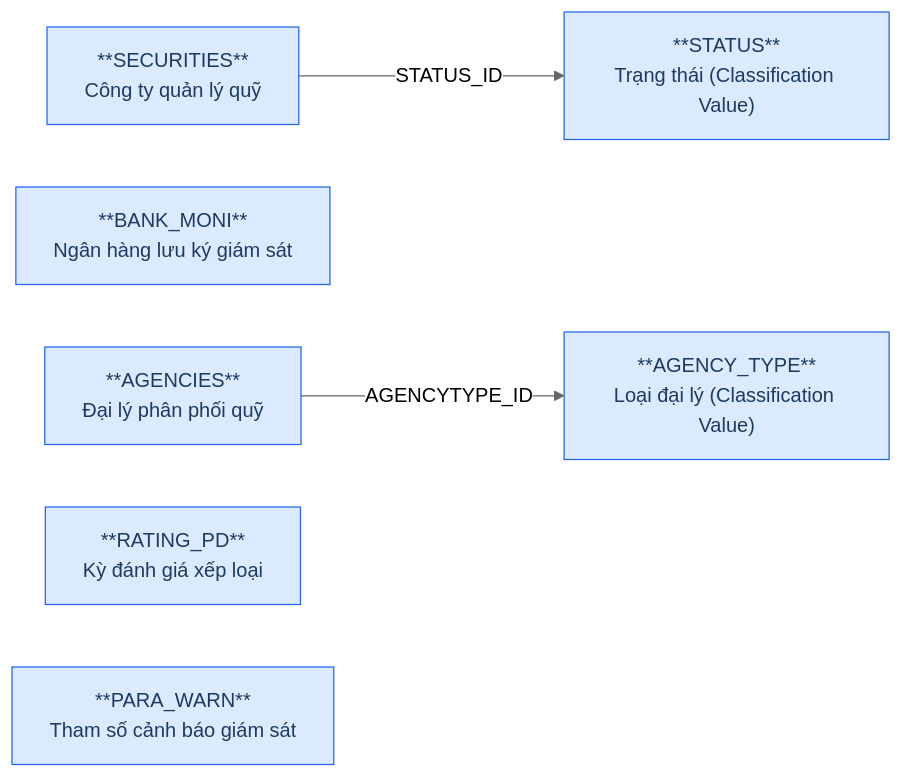
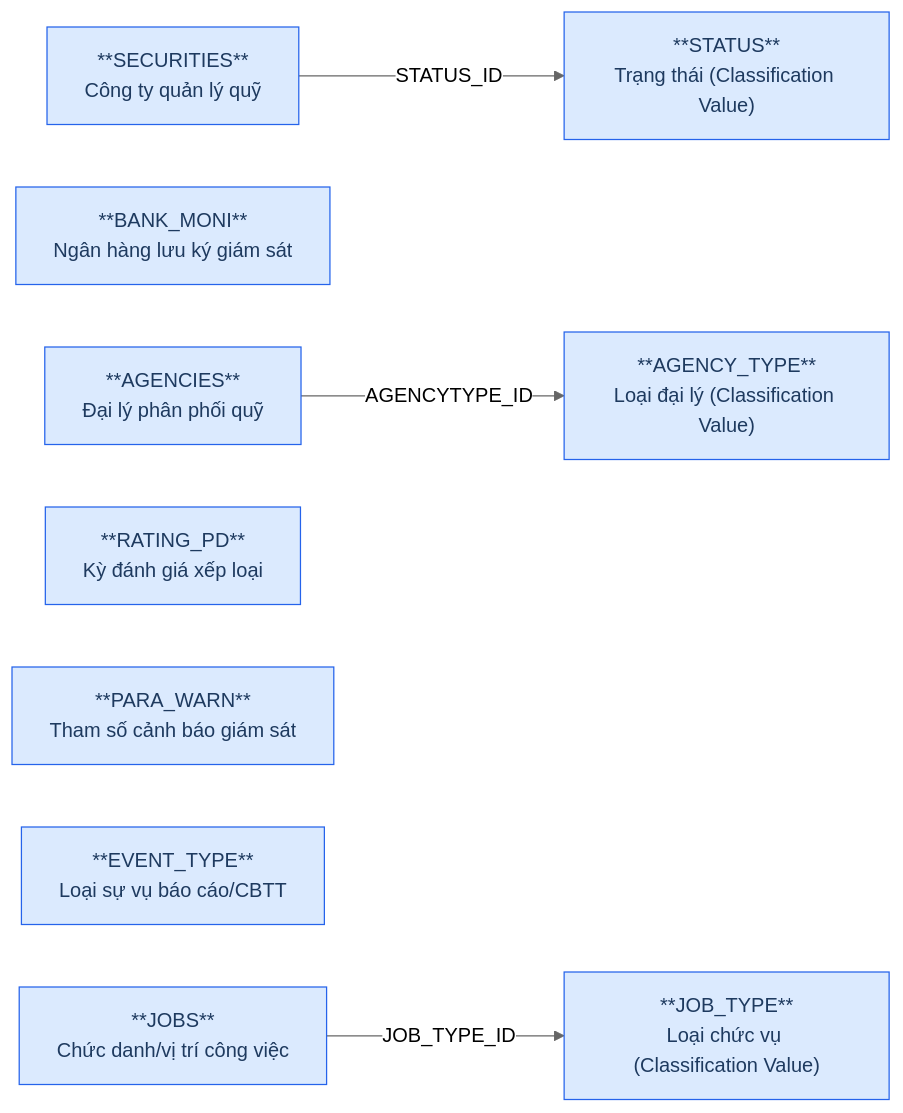
Before and after one commit to linhlvit/ubck_atomic_design: the first of 2 diagrams in DataModel/working/Atomic/hld/FMS_HLD_Tier1.md, drawn with Mermaid (neutral theme). The commit also changed other lines of this file and 98 other files, not shown here.

````diff
--- a/DataModel/working/Atomic/hld/FMS_HLD_Tier1.md
+++ b/DataModel/working/Atomic/hld/FMS_HLD_Tier1.md
@@ -28,15 +30,19 @@
 ```mermaid
 graph LR
     classDef src fill:#dbeafe,stroke:#2563eb,color:#1e3a5f
 
     SECURITIES["**SECURITIES**\nCông ty quản lý quỹ"]:::src
     BANK_MONI["**BANK_MONI**\nNgân hàng lưu ký giám sát"]:::src
     AGENCIES["**AGENCIES**\nĐại lý phân phối quỹ"]:::src
     RATING_PD["**RATING_PD**\nKỳ đánh giá xếp loại"]:::src
     PARA_WARN["**PARA_WARN**\nTham số cảnh báo giám sát"]:::src
     AGENCY_TYPE["**AGENCY_TYPE**\nLoại đại lý (Classification Value)"]:::src
     STATUS["**STATUS**\nTrạng thái (Classification Value)"]:::src
+    EVENT_TYPE["**EVENT_TYPE**\nLoại sự vụ báo cáo/CBTT"]:::src
+    JOBS["**JOBS**\nChức danh/vị trí công việc"]:::src
+    JOB_TYPE["**JOB_TYPE**\nLoại chức vụ (Classification Value)"]:::src
 
     AGENCIES -->|"AGENCYTYPE_ID"| AGENCY_TYPE
     SECURITIES -->|"STATUS_ID"| STATUS
+    JOBS -->|"JOB_TYPE_ID"| JOB_TYPE
 ```
````
